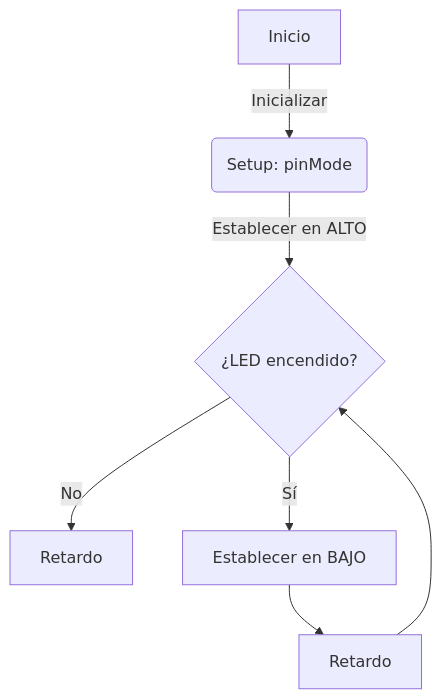
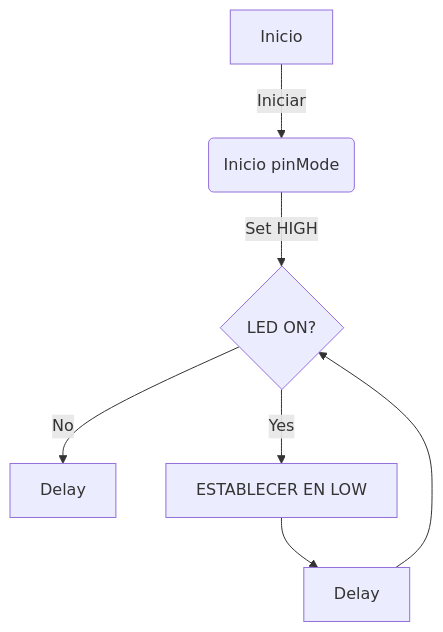
The first of 2 diagrams in README.md (XaviFdez/Practica1), drawn with Mermaid before and after one commit.

````diff
--- a/README.md
+++ b/README.md
@@ -171,10 +171,10 @@
 ```mermaid
 graph TD
-    A[Inicio] -->|Inicializar| B(Setup: pinMode)
-    B -->|Establecer en ALTO| C{¿LED encendido?}
-    C -- No --> D[Retardo]
-    C -- Sí --> E[Establecer en BAJO]
-    E --> F[Retardo]
+    A[Inicio] -->|Iniciar| B(Inicio pinMode)
+    B -->|Set HIGH| C{LED ON?}
+    C -- No --> D[Delay]
+    C -- Yes --> E[ESTABLECER EN LOW]
+    E --> F[Delay]
     F --> C
 
 ```
````
